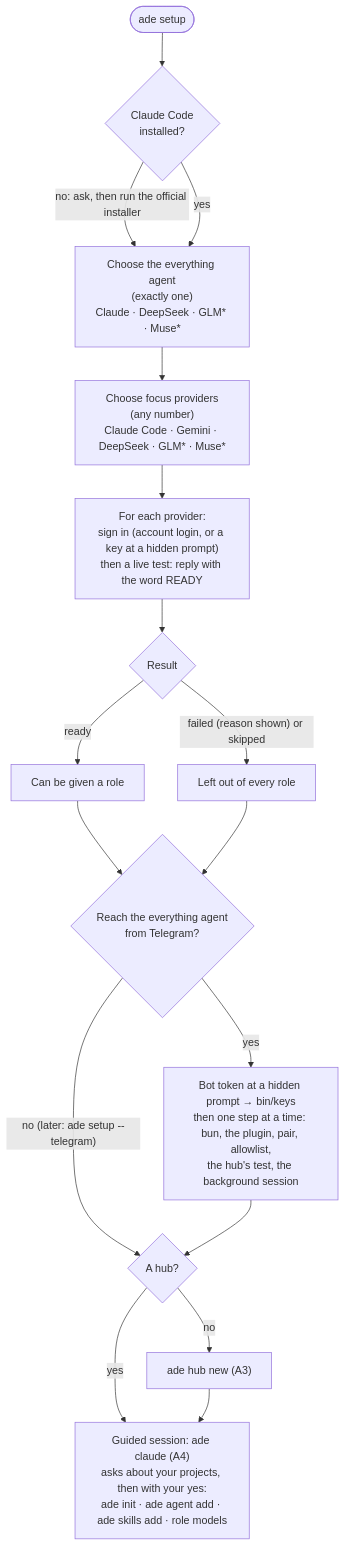
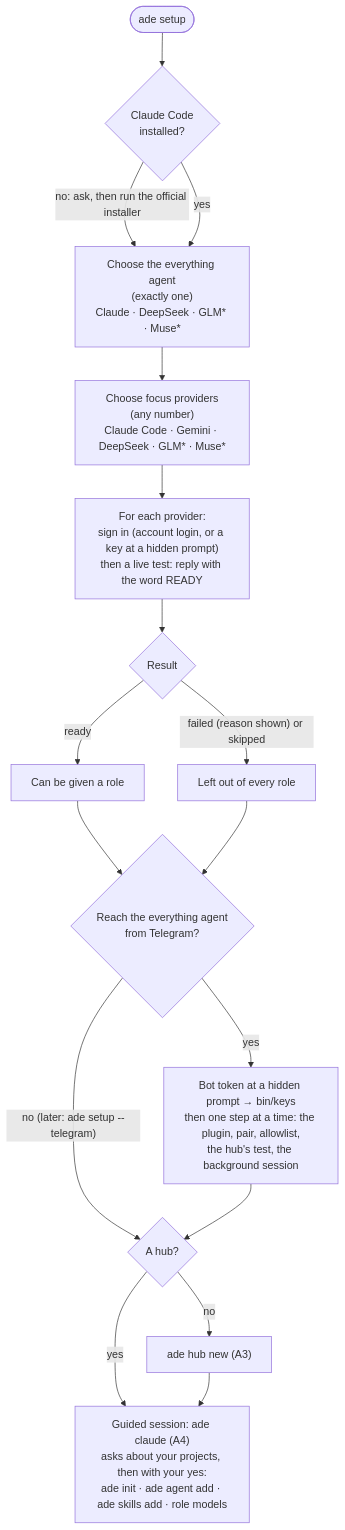
One commit to better-ade/ade-cli changed the second of 3 diagrams in README.md. Above: the diagram before and after it, drawn with Mermaid. The commit also changed other lines of this file and 11 other files, not shown here.

````diff
--- a/README.md
+++ b/README.md
@@ -137,19 +147,19 @@
 ```mermaid
 flowchart TD
   start(["ade setup"]) --> cc{"Claude Code<br/>installed?"}
   cc -->|"no: ask, then run the official installer"| top
   cc -->|"yes"| top
   top["Choose the everything agent<br/>(exactly one)<br/>Claude · DeepSeek · GLM* · Muse*"] --> focus
   focus["Choose focus providers<br/>(any number)<br/>Claude Code · Gemini · DeepSeek · GLM* · Muse*"] --> each
   each["For each provider:<br/>sign in (account login, or a key at a hidden prompt)<br/>then a live test: reply with the word READY"] --> result{"Result"}
   result -->|"ready"| roles["Can be given a role"]
   result -->|"failed (reason shown) or skipped"| out["Left out of every role"]
   roles --> tgq{"Reach the everything agent<br/>from Telegram?"}
   out --> tgq
-  tgq -->|"yes"| tg["Bot token at a hidden prompt → bin/keys<br/>then one step at a time: bun, the plugin, pair, allowlist,<br/>the hub's test, the background session"]
+  tgq -->|"yes"| tg["Bot token at a hidden prompt → bin/keys<br/>then one step at a time: the plugin, pair, allowlist,<br/>the hub's test, the background session"]
   tgq -->|"no (later: ade setup --telegram)"| hub
   tg --> hub{"A hub?"}
   hub -->|"no"| new["ade hub new (A3)"]
   hub -->|"yes"| guided
   new --> guided["Guided session: ade claude (A4)<br/>asks about your projects, then with your yes:<br/>ade init · ade agent add · ade skills add · role models"]
 ```
````
